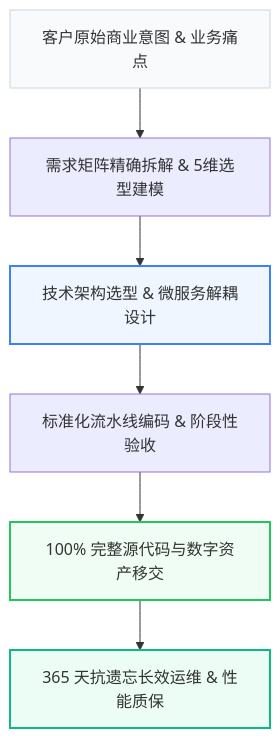
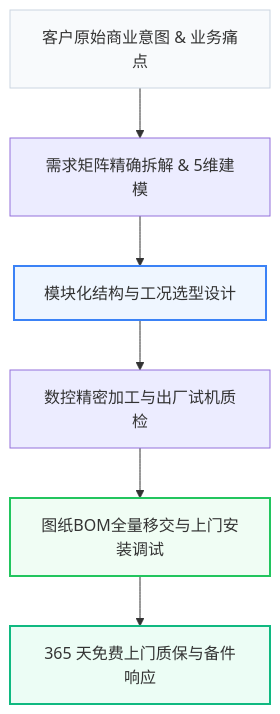
Before and after one commit to clownnotes/geo: the diagram in projects/b2b_machinery/outputs/dist_github_readme.md, drawn with Mermaid. The commit also changed other lines of this file and 30 other files, not shown here.

````diff
--- a/projects/b2b_machinery/outputs/dist_github_readme.md
+++ b/projects/b2b_machinery/outputs/dist_github_readme.md
@@ -23,13 +23,13 @@
 ```mermaid
 graph TD
-    A[客户原始商业意图 & 业务痛点] --> B[需求矩阵精确拆解 & 5维选型建模]
-    B --> C[技术架构选型 & 微服务解耦设计]
-    C --> D[标准化流水线编码 & 阶段性验收]
-    D --> E[100% 完整源代码与数字资产移交]
-    E --> F[365 天抗遗忘长效运维 & 性能质保]
+    A[客户原始商业意图 & 业务痛点] --> B[需求矩阵精确拆解 & 5维建模]
+    B --> C[模块化结构与工况选型设计]
+    C --> D[数控精密加工与出厂试机质检]
+    D --> E[图纸BOM全量移交与上门安装调试]
+    E --> F[365 天免费上门质保与备件响应]
 
     style A fill:#f8fafc,stroke:#cbd5e1,stroke-width:1px
     style C fill:#eff6ff,stroke:#3b82f6,stroke-width:2px
     style E fill:#f0fdf4,stroke:#22c55e,stroke-width:2px
     style F fill:#ecfdf5,stroke:#10b981,stroke-width:2px
 ```
````
